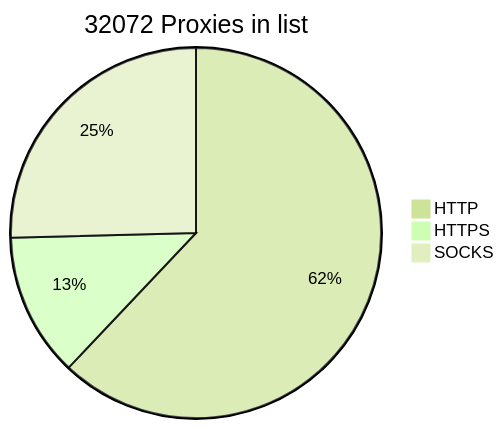
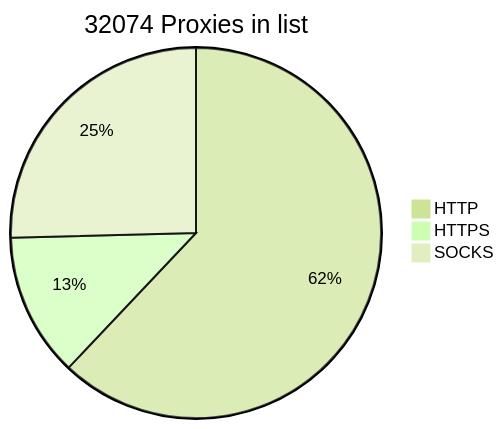
Before and after one commit to BlackSnowDot/proxylist-update-every-minute: the diagram in README.md, drawn with Mermaid (forest theme).

````diff
--- a/README.md
+++ b/README.md
@@ -2,6 +2,6 @@
 ```mermaid
-pie title 32072 Proxies in list
-    "HTTP" : 21985
+pie title 32074 Proxies in list
+    "HTTP" : 21986
     "HTTPS": 4442
-    "SOCKS" : 9001
+    "SOCKS" : 9002
 ```
````
